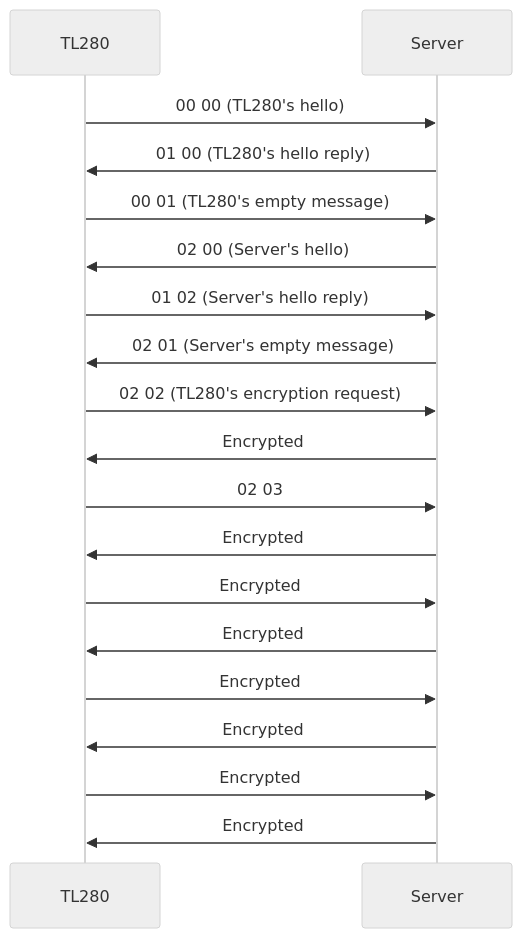
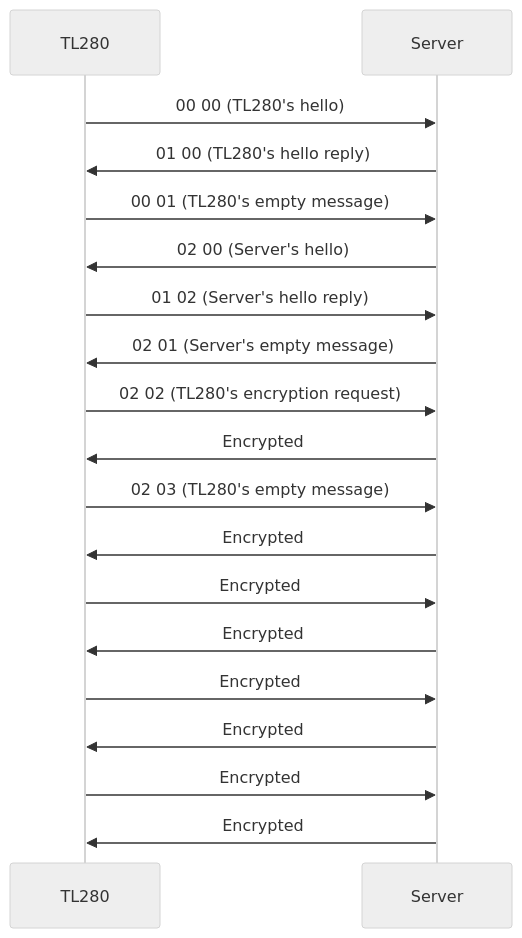
One commit to rmilecki/dsc-itv2-protocol changed the diagram in NOTIFICATION.md. Above: the diagram before and after it, drawn with Mermaid (neutral theme).

Commit message:
NOTIFICATION: Mark one more TL280's empty message in flow diagram

````diff
--- a/NOTIFICATION.md
+++ b/NOTIFICATION.md
@@ -165,21 +165,21 @@
 ```mermaid
 sequenceDiagram
     participant TL280
     participant Server
     TL280->>Server: 00 00 (TL280's hello)
     Server->>TL280: 01 00 (TL280's hello reply)
     TL280->>Server: 00 01 (TL280's empty message)
     Server->>TL280: 02 00 (Server's hello)
     TL280->>Server: 01 02 (Server's hello reply)
     Server->>TL280: 02 01 (Server's empty message)
     TL280->>Server: 02 02 (TL280's encryption request)
     Server->>TL280: Encrypted
-    TL280->>Server: 02 03
+    TL280->>Server: 02 03 (TL280's empty message)
     Server->>TL280: Encrypted
     TL280->>Server: Encrypted
     Server->>TL280: Encrypted
     TL280->>Server: Encrypted
     Server->>TL280: Encrypted
     TL280->>Server: Encrypted
     Server->>TL280: Encrypted
 ```
````
